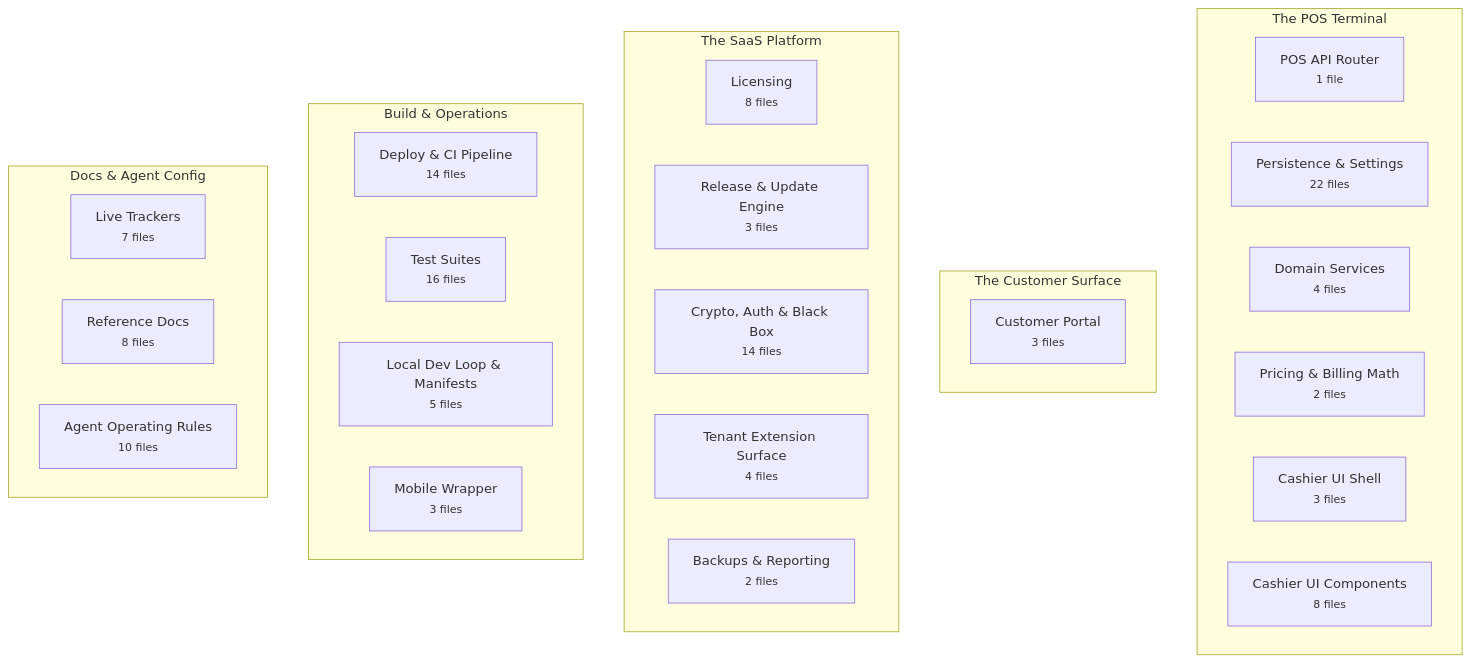
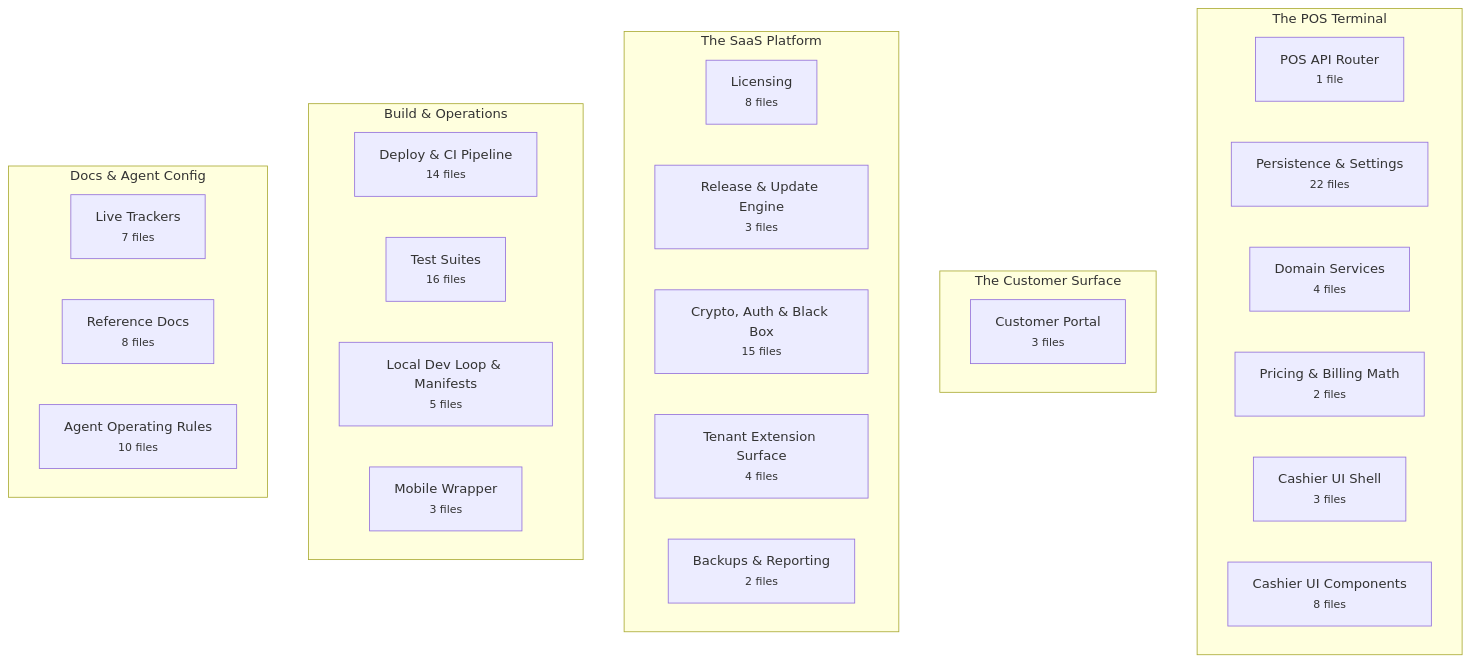
Before and after one commit to Vishalnayak226/gold_pos: the first of 2 diagrams in docs/brain/BRAIN.md, drawn with Mermaid. The commit also changed other lines of this file and 18 other files, not shown here.

````diff
--- a/docs/brain/BRAIN.md
+++ b/docs/brain/BRAIN.md
@@ -20,37 +20,37 @@
 ```mermaid
 flowchart TB
   subgraph pos["The POS Terminal"]
     direction LR
     pos_api["POS API Router<br/><small>1 file</small>"]
     persistence["Persistence & Settings<br/><small>22 files</small>"]
     domain_services["Domain Services<br/><small>4 files</small>"]
     pricing["Pricing & Billing Math<br/><small>2 files</small>"]
     pos_ui["Cashier UI Shell<br/><small>3 files</small>"]
     pos_components["Cashier UI Components<br/><small>8 files</small>"]
   end
   subgraph customer["The Customer Surface"]
     direction LR
     customer_portal["Customer Portal<br/><small>3 files</small>"]
   end
   subgraph platform["The SaaS Platform"]
     direction LR
     licensing["Licensing<br/><small>8 files</small>"]
     updates["Release & Update Engine<br/><small>3 files</small>"]
-    security["Crypto, Auth & Black Box<br/><small>14 files</small>"]
+    security["Crypto, Auth & Black Box<br/><small>15 files</small>"]
     extensions["Tenant Extension Surface<br/><small>4 files</small>"]
     maintenance["Backups & Reporting<br/><small>2 files</small>"]
   end
   subgraph ops["Build & Operations"]
     direction LR
     deploy["Deploy & CI Pipeline<br/><small>14 files</small>"]
     tests["Test Suites<br/><small>16 files</small>"]
     dev_loop["Local Dev Loop & Manifests<br/><small>5 files</small>"]
     mobile["Mobile Wrapper<br/><small>3 files</small>"]
   end
   subgraph knowledge["Docs & Agent Config"]
     direction LR
     trackers["Live Trackers<br/><small>7 files</small>"]
     reference["Reference Docs<br/><small>8 files</small>"]
     agent_config["Agent Operating Rules<br/><small>10 files</small>"]
   end
 ```
````
